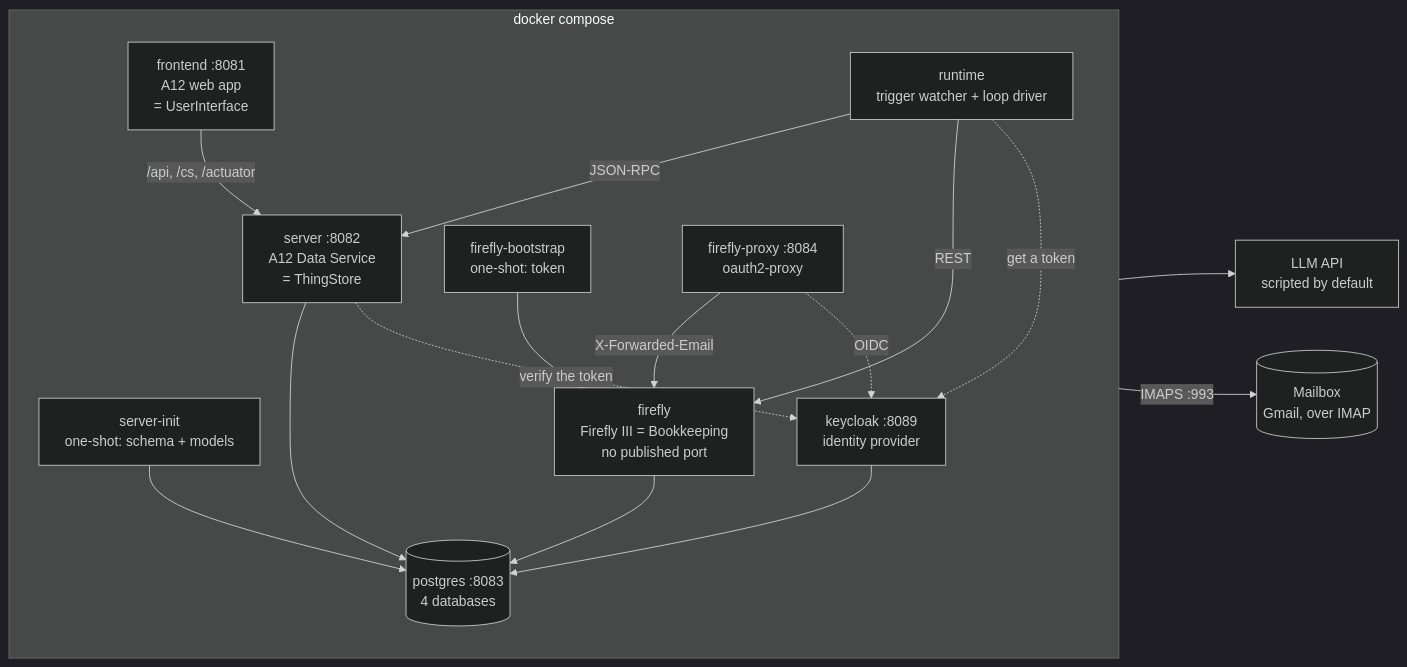
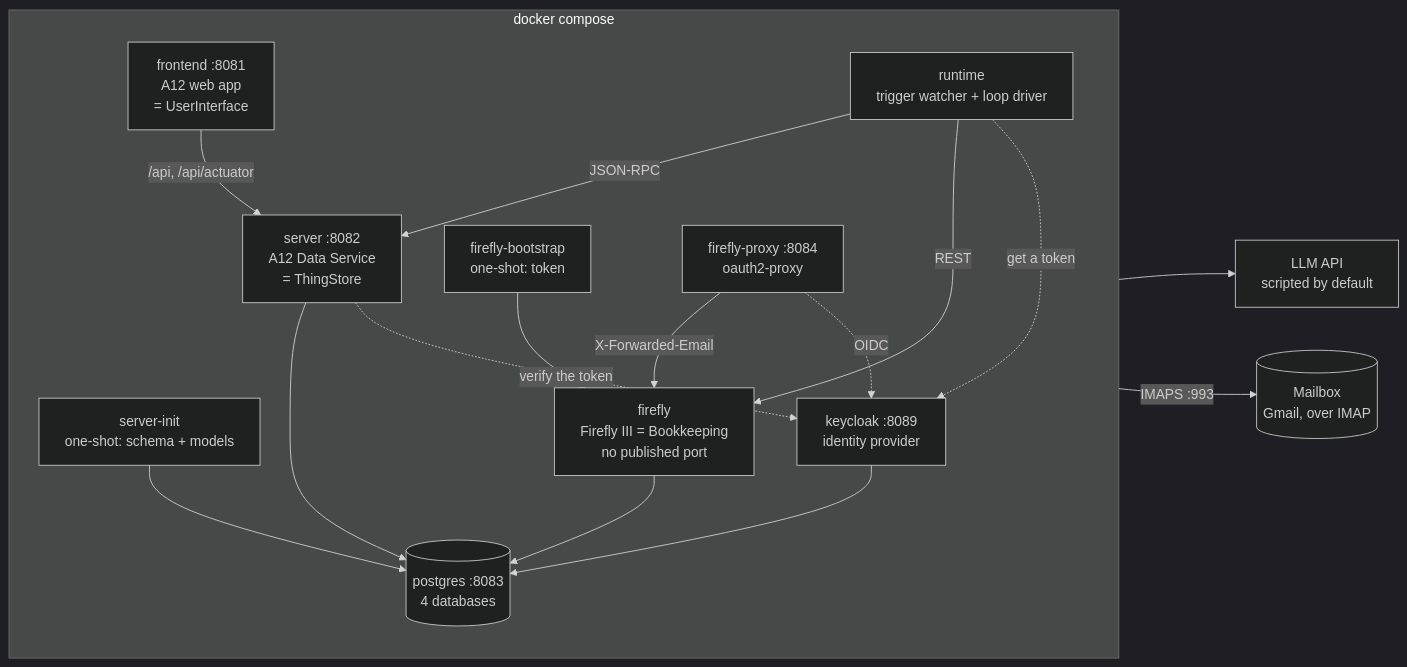
One commit to tillg/assistants changed the first of 3 diagrams in specs/system/architecture.md. Above: the diagram before and after it, drawn with Mermaid (dark theme). The commit also changed other lines of this file and 12 other files, not shown here.

````diff
--- a/specs/system/architecture.md
+++ b/specs/system/architecture.md
@@ -14,32 +14,32 @@
 ```mermaid
 flowchart LR
     subgraph compose["docker compose"]
         direction TB
         PG[("postgres :8083<br/>4 databases")]
         KC["keycloak :8089<br/>identity provider"]
         SRV["server :8082<br/>A12 Data Service<br/>= ThingStore"]
         INIT["server-init<br/>one-shot: schema + models"]
         FE["frontend :8081<br/>A12 web app<br/>= UserInterface"]
         RT["runtime<br/>trigger watcher + loop driver"]
         FP["firefly-proxy :8084<br/>oauth2-proxy"]
         FF["firefly<br/>Firefly III = Bookkeeping<br/>no published port"]
         FB["firefly-bootstrap<br/>one-shot: token"]
     end
     LLM["LLM API<br/>scripted by default"]
     MB[("Mailbox<br/>Gmail, over IMAP")]
 
     INIT --> PG
     SRV --> PG
     FF --> PG
     KC --> PG
-    FE -->|"/api, /cs, /actuator"| SRV
+    FE -->|"/api, /api/actuator"| SRV
     RT -->|JSON-RPC| SRV
     RT -->|REST| FF
     RT --> LLM
     RT -->|"IMAPS :993"| MB
     FB --> FF
     FP -->|"X-Forwarded-Email"| FF
     SRV -.->|"verify the token"| KC
     RT -.->|"get a token"| KC
     FP -.->|"OIDC"| KC
 ```
````
